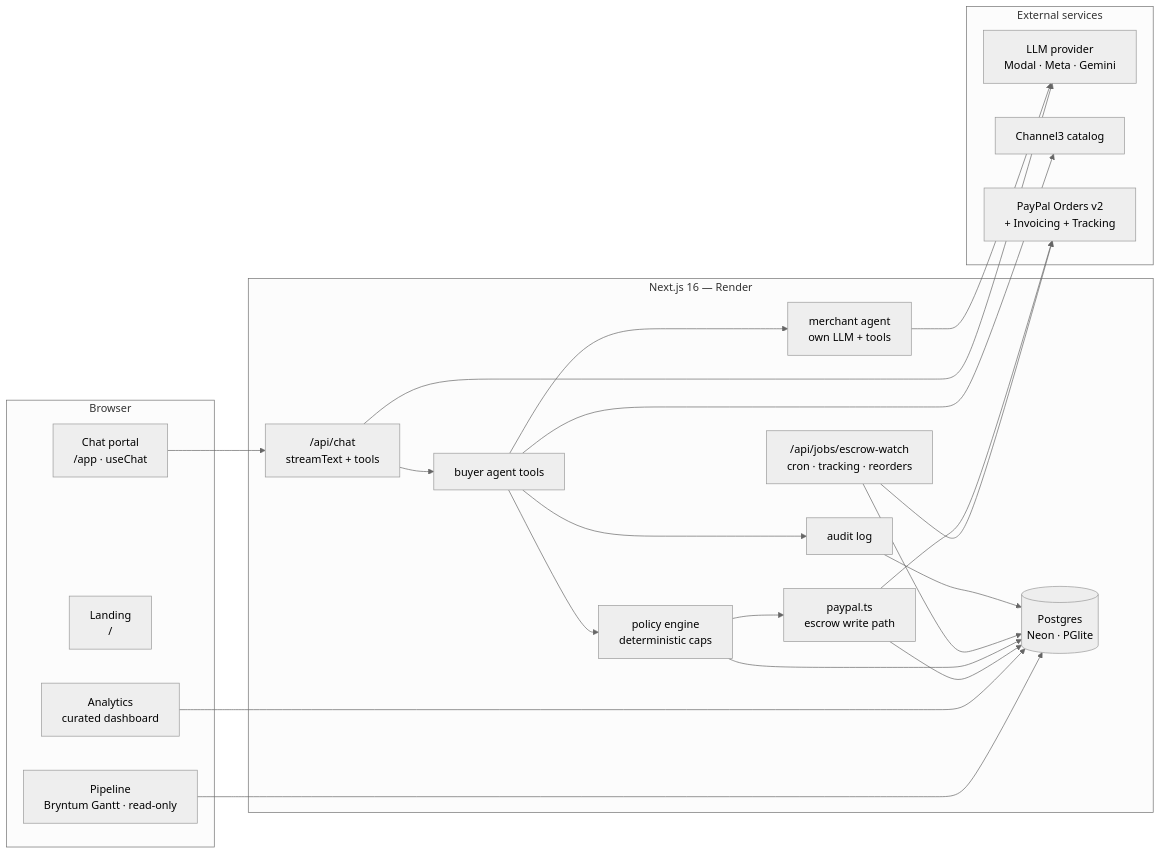
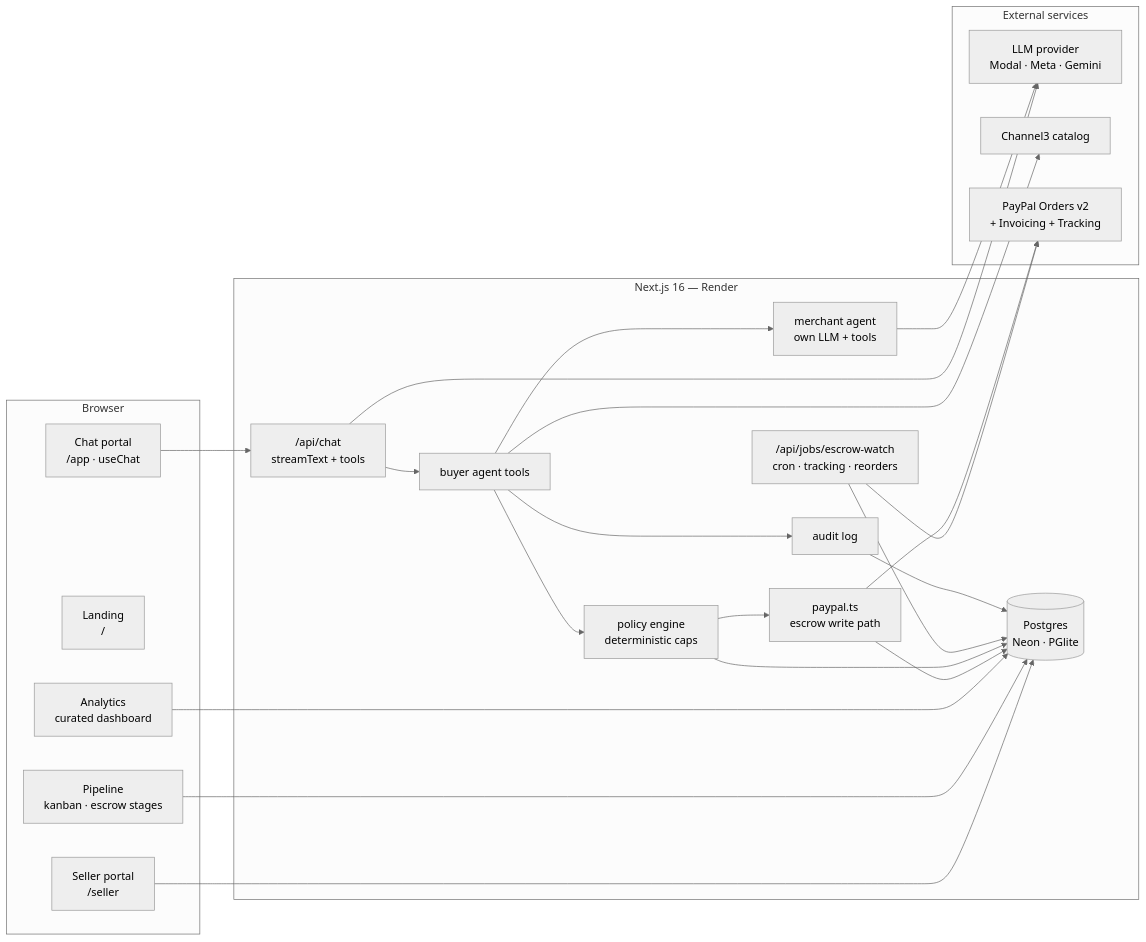
The third of 3 diagrams in README.md (HCHAPS404/PARLEY), drawn with Mermaid (neutral theme) before and after one commit. The commit also changed other lines of this file and 1 other file, not shown here.

Commit message:
docs: README catches up to market intel + seller side; demo script

````diff
--- a/README.md
+++ b/README.md
@@ -143,40 +150,42 @@
 ```mermaid
 flowchart LR
     subgraph Client["Browser"]
         UI[Chat portal<br/>/app · useChat]
         LAND[Landing<br/>/]
         AN[Analytics<br/>curated dashboard]
-        GA[Pipeline<br/>Bryntum Gantt · read-only]
+        GA[Pipeline<br/>kanban · escrow stages]
+        SELL[Seller portal<br/>/seller]
     end
 
     subgraph App["Next.js 16 — Render"]
         CHAT["/api/chat<br/>streamText + tools"]
         TOOLS[buyer agent tools]
         MA2[merchant agent<br/>own LLM + tools]
         POLICY[policy engine<br/>deterministic caps]
         PPX["paypal.ts<br/>escrow write path"]
         JOBS["/api/jobs/escrow-watch<br/>cron · tracking · reorders"]
         AUD[audit log]
         DB[(Postgres<br/>Neon · PGlite)]
     end
 
     subgraph External["External services"]
         LLM[LLM provider<br/>Modal · Meta · Gemini]
         C3[Channel3 catalog]
         PP[PayPal Orders v2<br/>+ Invoicing + Tracking]
     end
 
     UI --> CHAT --> TOOLS
     TOOLS --> MA2
     MA2 --> LLM
     TOOLS --> C3
     TOOLS --> POLICY --> PPX --> PP
     CHAT --> LLM
     TOOLS --> AUD --> DB
     JOBS --> PP
     JOBS --> DB
     POLICY --> DB
     PPX --> DB
     AN --> DB
     GA --> DB
+    SELL --> DB
 ```
````
